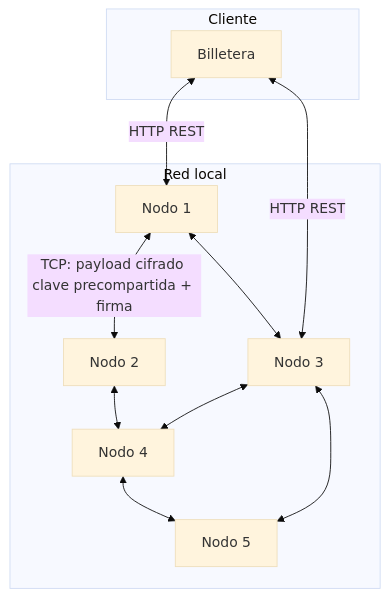
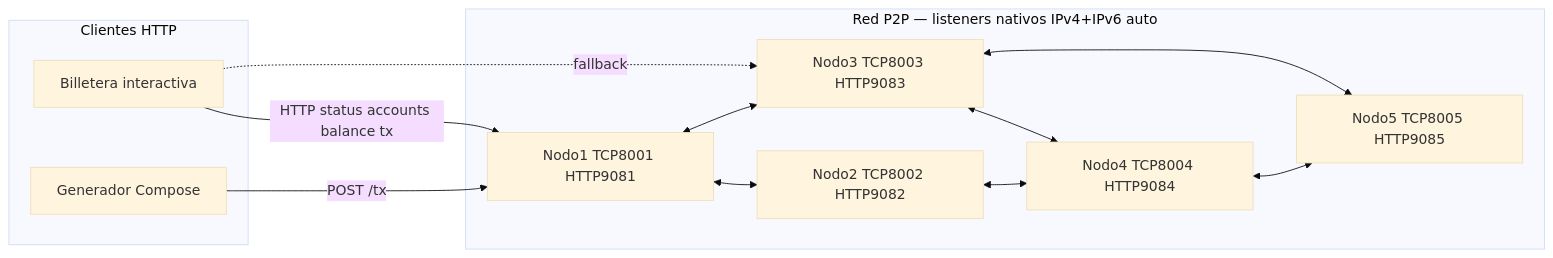
Before and after one commit to Ignacio687/final_computacion_II: the diagram in diagramas/arquitectura/arquitectura.mmd, drawn with Mermaid (base theme). The commit also changed 10 other files, not shown here.

Commit message:
docs(diagramas): alinear Mermaid/PNG a listeners nativos y código

```diff
--- a/diagramas/arquitectura/arquitectura.mmd
+++ b/diagramas/arquitectura/arquitectura.mmd
@@ -1,19 +1,21 @@
-flowchart TB
-  subgraph red["Red local"]
-    N1[Nodo 1]
-    N2[Nodo 2]
-    N3[Nodo 3]
-    N4[Nodo 4]
-    N5[Nodo 5]
-    N1 <-->|TCP: payload cifrado clave precompartida + firma| N2
+flowchart LR
+  subgraph clientes["Clientes HTTP"]
+    B[Billetera interactiva]
+    G[Generador Compose]
+  end
+  subgraph red["Red P2P — listeners nativos IPv4+IPv6 auto"]
+    N1["Nodo1 TCP8001 HTTP9081"]
+    N2["Nodo2 TCP8002 HTTP9082"]
+    N3["Nodo3 TCP8003 HTTP9083"]
+    N4["Nodo4 TCP8004 HTTP9084"]
+    N5["Nodo5 TCP8005 HTTP9085"]
+    N1 <--> N2
     N1 <--> N3
     N2 <--> N4
     N3 <--> N4
     N3 <--> N5
     N4 <--> N5
   end
-  subgraph cliente["Cliente"]
-    B[Billetera]
-  end
-  B <-->|HTTP REST| N1
-  B <-->|HTTP REST| N3
+  G -->|POST /tx| N1
+  B -->|HTTP status accounts balance tx| N1
+  B -.->|fallback| N3
```
